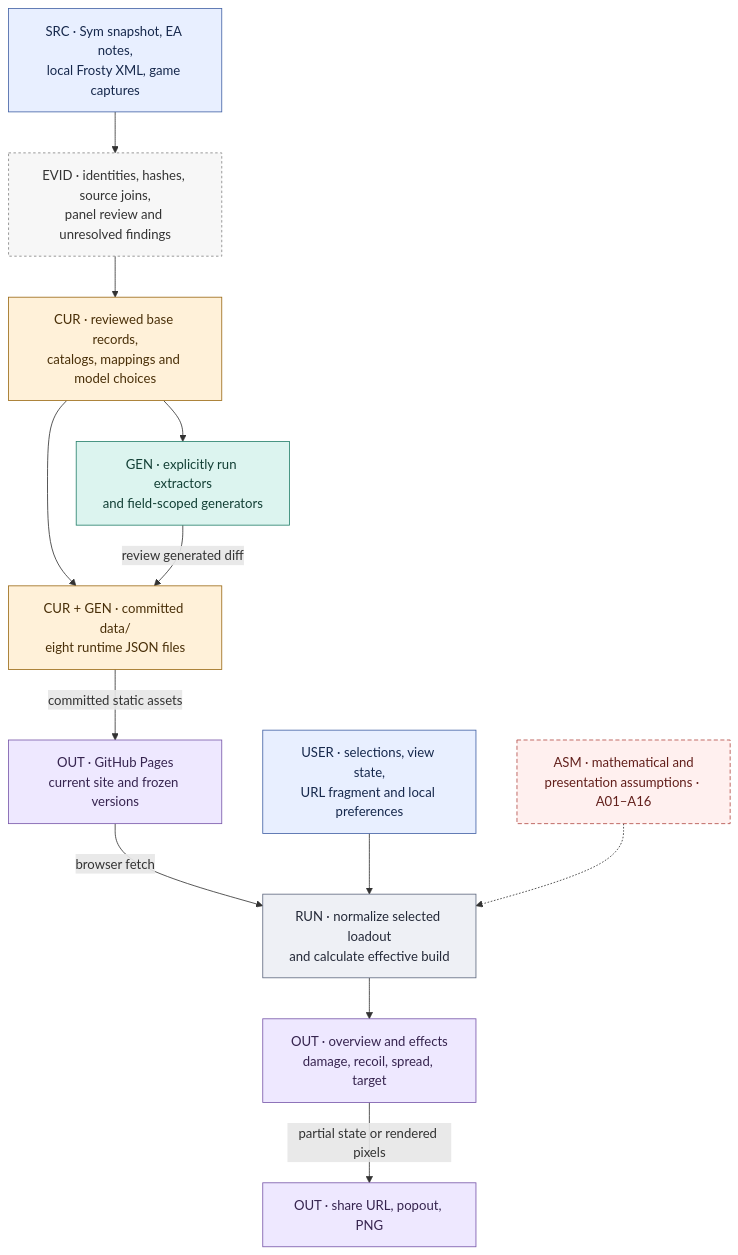
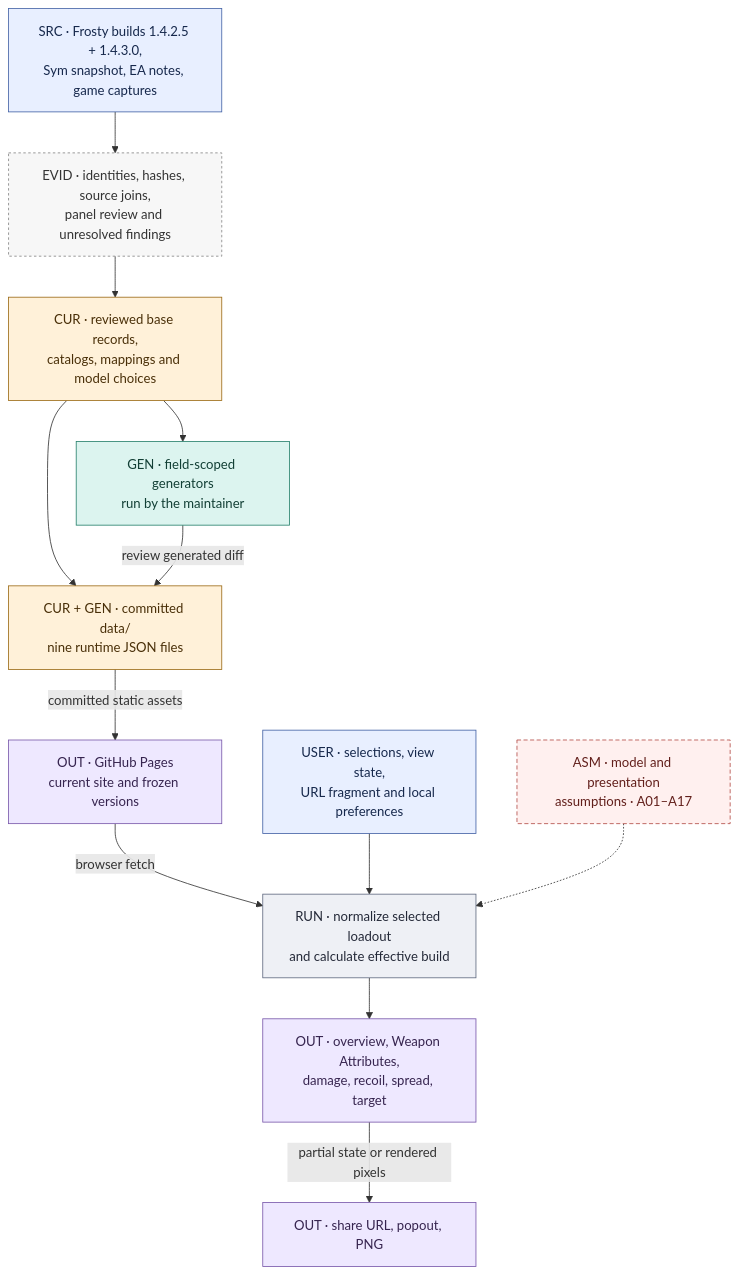
Before and after one commit to raymdl/BF6-Weapon-Analyzer: the diagram in docs/data-flow/README.md, drawn with Mermaid. The commit also changed other lines of this file and 8 other files, not shown here.

First line of the commit message:
Refresh data-flow atlas for current state and render viewer live

````diff
--- a/docs/data-flow/README.md
+++ b/docs/data-flow/README.md
@@ -14,31 +16,31 @@
 ```mermaid
 flowchart TB
-    S["SRC · Sym snapshot, EA notes,<br/>local Frosty XML, game captures"]:::src
+    S["SRC · Frosty builds 1.4.2.5 + 1.4.3.0,<br/>Sym snapshot, EA notes, game captures"]:::src
     E["EVID · identities, hashes, source joins,<br/>panel review and unresolved findings"]:::ev
     C["CUR · reviewed base records,<br/>catalogs, mappings and model choices"]:::cur
-    G["GEN · explicitly run extractors<br/>and field-scoped generators"]:::gen
-    D["CUR + GEN · committed data/<br/>eight runtime JSON files"]:::cur
-    M["ASM · mathematical and<br/>presentation assumptions · A01–A16"]:::asm
+    G["GEN · field-scoped generators<br/>run by the maintainer"]:::gen
+    D["CUR + GEN · committed data/<br/>nine runtime JSON files"]:::cur
+    M["ASM · model and presentation<br/>assumptions · A01–A17"]:::asm
     R["RUN · normalize selected loadout<br/>and calculate effective build"]:::run
-    V["OUT · overview and effects<br/>damage, recoil, spread, target"]:::out
+    V["OUT · overview, Weapon Attributes,<br/>damage, recoil, spread, target"]:::out
     P["OUT · GitHub Pages<br/>current site and frozen versions"]:::out
     U["USER · selections, view state,<br/>URL fragment and local preferences"]:::src
     S --> E
     E --> C
     C --> G
     C --> D
     G -->|review generated diff| D
     D -->|committed static assets| P
     P -->|browser fetch| R
     U --> R
     M -.-> R
     R --> V
     V -->|partial state or rendered pixels| X["OUT · share URL, popout, PNG"]:::out
     classDef src fill:#e8efff,stroke:#4463a6,color:#16284c
     classDef cur fill:#fff1d9,stroke:#9c6b17,color:#492f08
     classDef gen fill:#dcf4ef,stroke:#27806c,color:#123f35
     classDef run fill:#eef0f5,stroke:#616a80,color:#242938
     classDef asm fill:#fff0ef,stroke:#b34c46,color:#621f1b,stroke-dasharray:5 3
     classDef out fill:#eee8ff,stroke:#7958aa,color:#36244f
     classDef ev fill:#f7f7f7,stroke:#858585,color:#333333,stroke-dasharray:3 3
 ```
````
